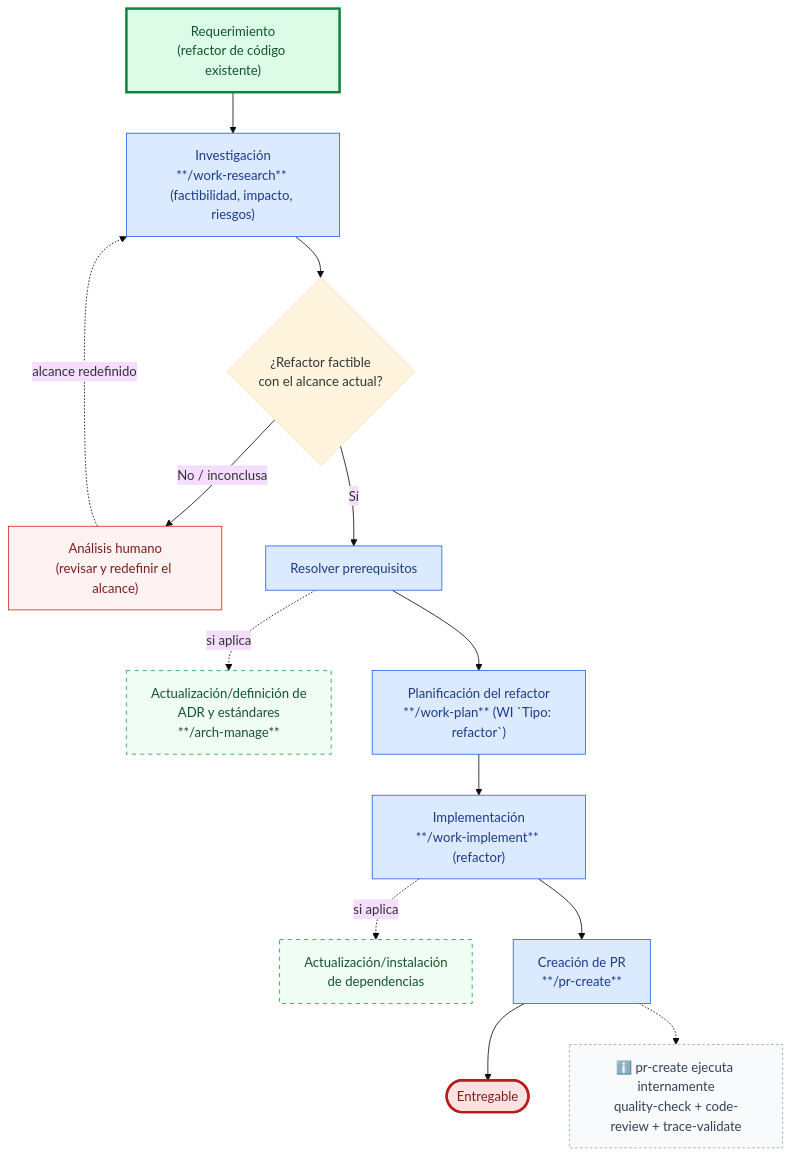
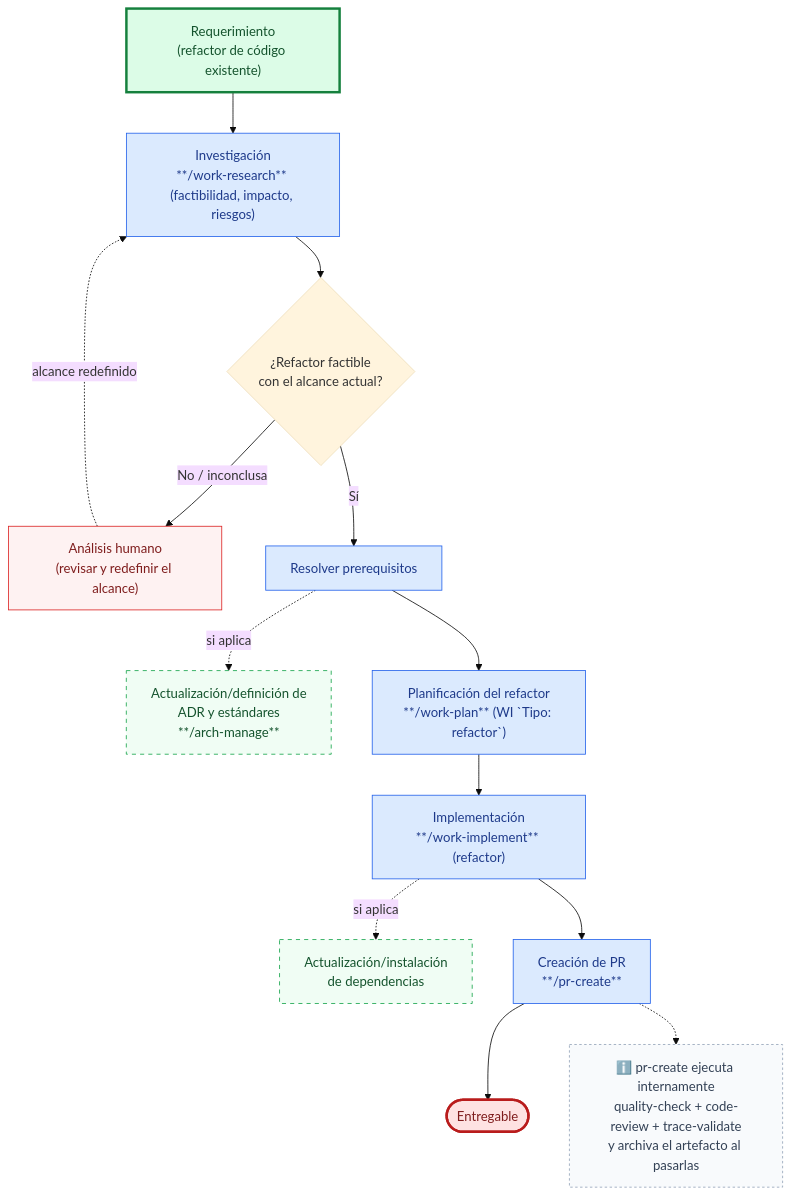
One commit to juanca202/ai changed the diagram in docs/use-cases/refactor.md. Above: the diagram before and after it, drawn with Mermaid (base theme). The commit also changed other lines of this file and 40 other files, not shown here.

````diff
--- a/docs/use-cases/refactor.md
+++ b/docs/use-cases/refactor.md
@@ -5,29 +5,29 @@
 ```mermaid
 flowchart TD
     A["Requerimiento<br/>(refactor de código existente)"] --> B["Investigación<br/>**/work-research** (factibilidad, impacto, riesgos)"]
     B --> C{"¿Refactor factible<br/>con el alcance actual?"}
     C -->|"No / inconclusa"| H["Análisis humano<br/>(revisar y redefinir el alcance)"]
     H -.->|"alcance redefinido"| B
     C -->|"Sí"| P["Resolver prerequisitos"]
     P -.->|"si aplica"| ADR["Actualización/definición de<br/>ADR y estándares<br/>**/arch-manage**"]
     P --> F["Planificación del refactor<br/>**/work-plan** (WI `Tipo: refactor`)"]
     F --> G["Implementación<br/>**/work-implement** (refactor)"]
     G -.->|"si aplica"| DEP["Actualización/instalación<br/>de dependencias"]
     G --> I["Creación de PR<br/>**/pr-create**"]
     I --> J(["Entregable"])
-    NOTE["ℹ️ pr-create ejecuta internamente<br/>quality-check + code-review + trace-validate"]
+    NOTE["ℹ️ pr-create ejecuta internamente<br/>quality-check + code-review + trace-validate<br/>y archiva el artefacto al pasarlas"]
     I -.-> NOTE
 
     classDef main fill:#dbeafe,stroke:#2563eb,color:#1e3a8a
     classDef human fill:#fef2f2,stroke:#dc2626,color:#7f1d1d
     classDef optional fill:#f0fdf4,stroke:#16a34a,stroke-dasharray:5 5,color:#14532d
     classDef entryPoint fill:#dcfce7,stroke:#15803d,stroke-width:3px,color:#14532d
     classDef exitPoint fill:#fee2e2,stroke:#b91c1c,stroke-width:3px,color:#7f1d1d
     classDef note fill:#f8fafc,stroke:#94a3b8,stroke-width:1px,stroke-dasharray:3 3,color:#334155
     class B,P,F,G,I main
     class H human
     class ADR,DEP optional
     class A entryPoint
     class J exitPoint
     class NOTE note
 ```
````
